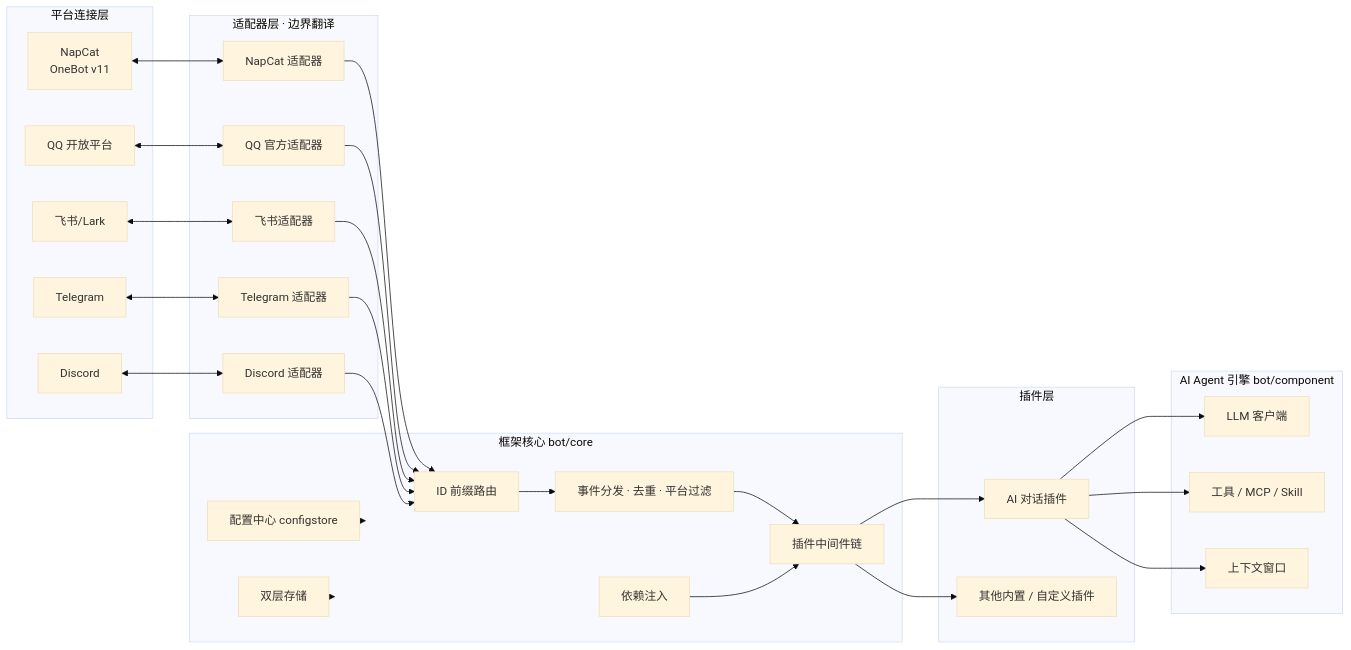
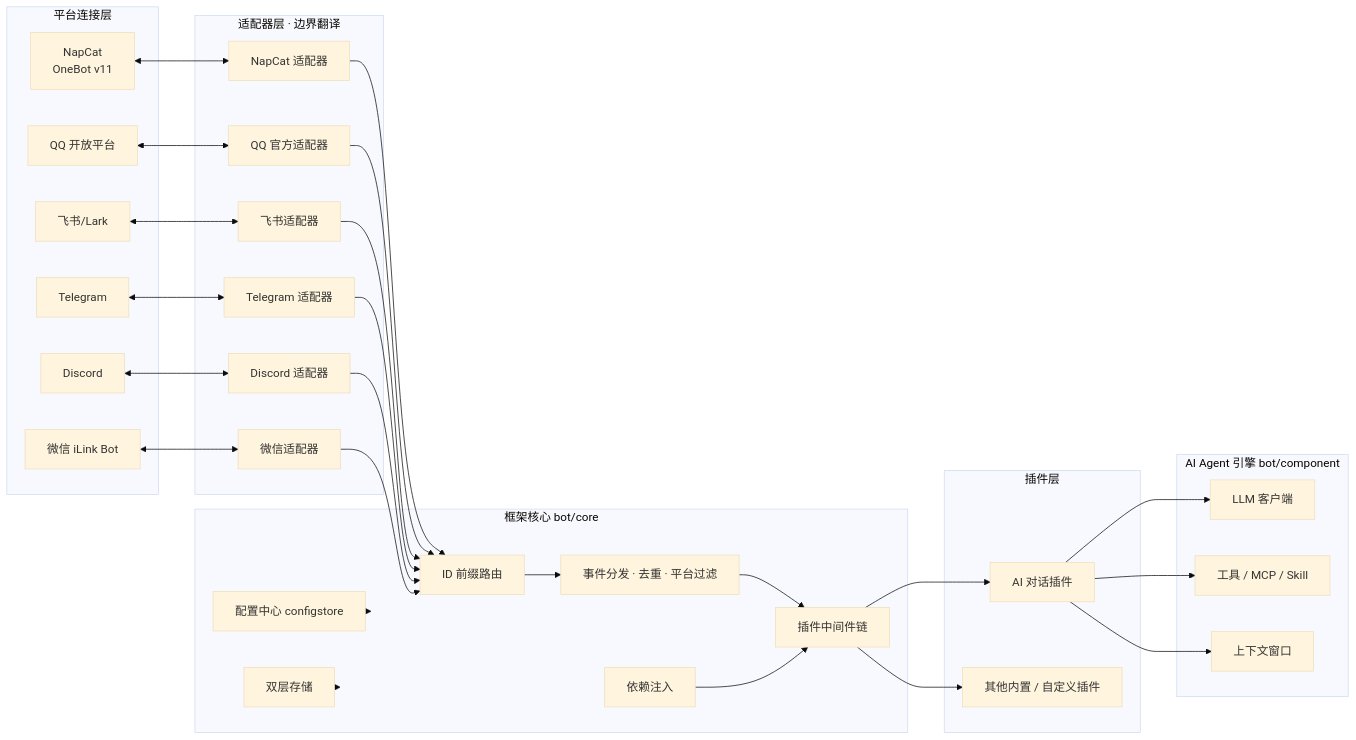
The first of 3 diagrams in docs/internals/index.md (jeanhua/AniaBot), drawn with Mermaid (base theme) before and after one commit. The commit also changed 10 other files, not shown here.

````diff
--- a/docs/internals/index.md
+++ b/docs/internals/index.md
@@ -18,53 +18,57 @@
 ```mermaid
 flowchart LR
     subgraph Platforms[平台连接层]
         N[NapCat<br/>OneBot v11]
         Q[QQ 开放平台]
         F[飞书/Lark]
         T[Telegram]
         D[Discord]
+        W[微信 iLink Bot]
     end
     subgraph Adapters[适配器层 · 边界翻译]
         NA[NapCat 适配器]
         QA[QQ 官方适配器]
         FA[飞书适配器]
         TA[Telegram 适配器]
         DA[Discord 适配器]
+        WA[微信适配器]
     end
     subgraph Core[框架核心 bot/core]
         Route[ID 前缀路由]
         Dispatch[事件分发 · 去重 · 平台过滤]
         Chain[插件中间件链]
         DI[依赖注入]
         Config[配置中心 configstore]
         Store[双层存储]
     end
     subgraph Plugins[插件层]
         AI[AI 对话插件]
         Other[其他内置 / 自定义插件]
     end
     subgraph Agent[AI Agent 引擎 bot/component]
         LLM[LLM 客户端]
         Tools[工具 / MCP / Skill]
         Win[上下文窗口]
     end
 
     N <--> NA
     Q <--> QA
     F <--> FA
     T <--> TA
     D <--> DA
+    W <--> WA
     NA --> Route
     QA --> Route
     FA --> Route
     TA --> Route
     DA --> Route
+    WA --> Route
     Route --> Dispatch --> Chain
     Chain --> AI & Other
     AI --> LLM
     AI --> Tools
     AI --> Win
     Config --> Core
     Store --> Core
     DI --> Chain
 ```
````
